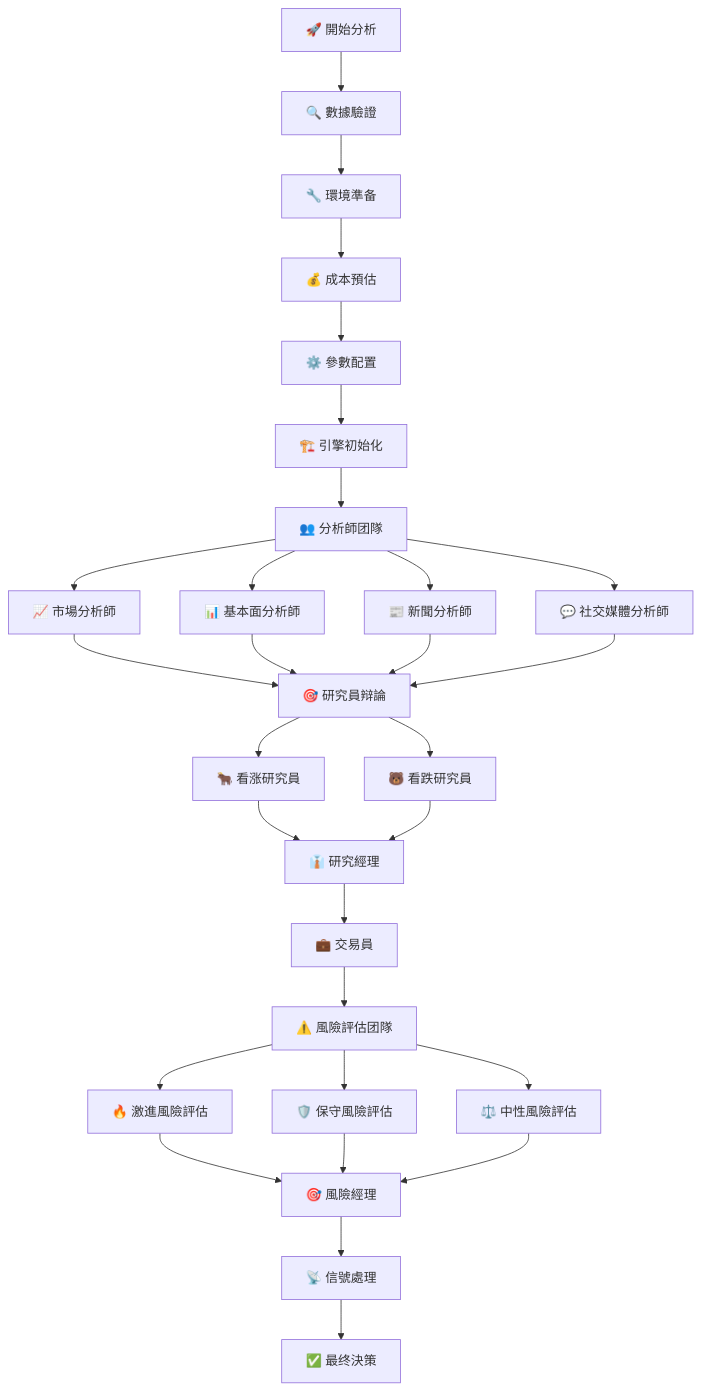
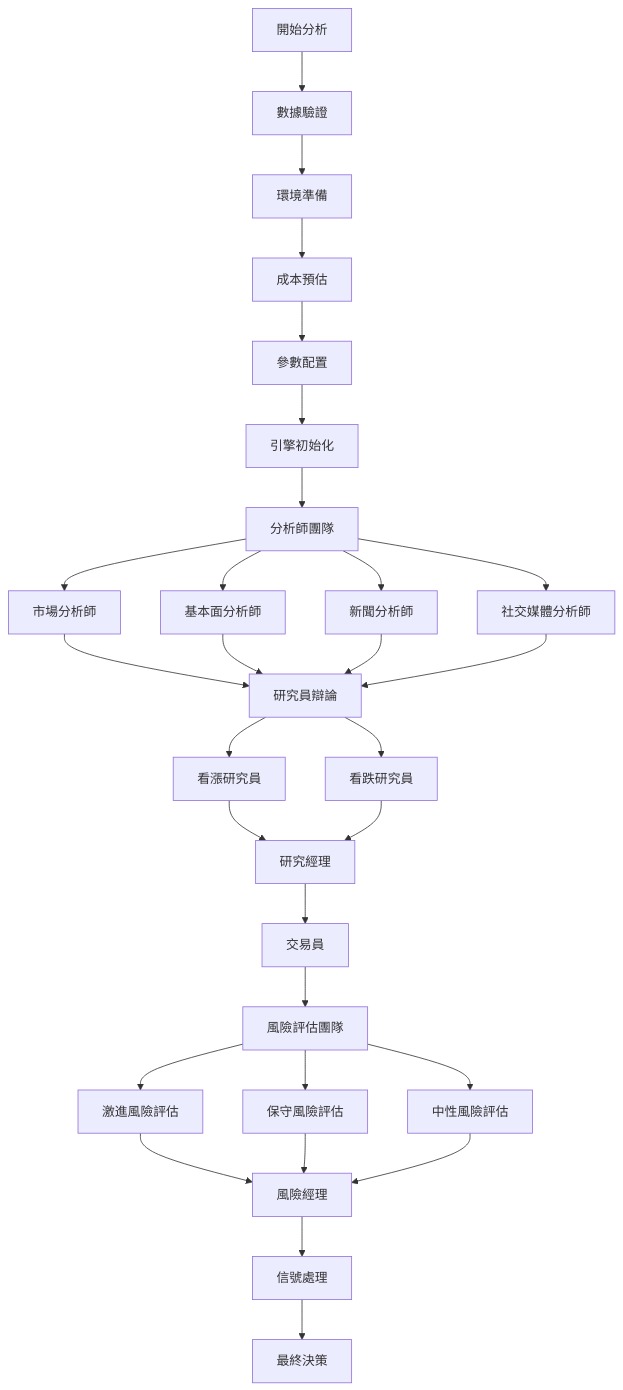
Before and after one commit to aiinpocket/TradingAgents-CN: the diagram in docs/analysis-nodes-and-tools.md, drawn with Mermaid. The commit also changed other lines of this file and 277 other files, not shown here.

````diff
--- a/docs/analysis-nodes-and-tools.md
+++ b/docs/analysis-nodes-and-tools.md
@@ -10,39 +10,39 @@
 ```mermaid
 graph TD
-    A[🚀 開始分析] --> B[🔍 數據驗證]
-    B --> C[🔧 環境準备]
-    C --> D[💰 成本預估]
-    D --> E[⚙️ 參數配置]
-    E --> F[🏗️ 引擎初始化]
-    
-    F --> G[👥 分析師团隊]
-    
-    G --> H1[📈 市場分析師]
-    G --> H2[📊 基本面分析師]
-    G --> H3[📰 新聞分析師]
-    G --> H4[💬 社交媒體分析師]
-    
-    H1 --> I[🎯 研究員辩論]
+    A[開始分析] --> B[數據驗證]
+    B --> C[環境準備]
+    C --> D[成本預估]
+    D --> E[參數配置]
+    E --> F[引擎初始化]
+
+    F --> G[分析師團隊]
+
+    G --> H1[市場分析師]
+    G --> H2[基本面分析師]
+    G --> H3[新聞分析師]
+    G --> H4[社交媒體分析師]
+
+    H1 --> I[研究員辯論]
     H2 --> I
     H3 --> I
     H4 --> I
-    
-    I --> J1[🐂 看涨研究員]
-    I --> J2[🐻 看跌研究員]
-    J1 --> K[👔 研究經理]
+
+    I --> J1[看漲研究員]
+    I --> J2[看跌研究員]
+    J1 --> K[研究經理]
     J2 --> K
-    
-    K --> L[💼 交易員]
-    L --> M[⚠️ 風險評估团隊]
-    
-    M --> N1[🔥 激進風險評估]
-    M --> N2[🛡️ 保守風險評估]
-    M --> N3[⚖️ 中性風險評估]
-    
-    N1 --> O[🎯 風險經理]
+
+    K --> L[交易員]
+    L --> M[風險評估團隊]
+
+    M --> N1[激進風險評估]
+    M --> N2[保守風險評估]
+    M --> N3[中性風險評估]
+
+    N1 --> O[風險經理]
     N2 --> O
     N3 --> O
-    
-    O --> P[📡 信號處理]
-    P --> Q[✅ 最终決策]
+
+    O --> P[信號處理]
+    P --> Q[最終決策]
 ```
````
